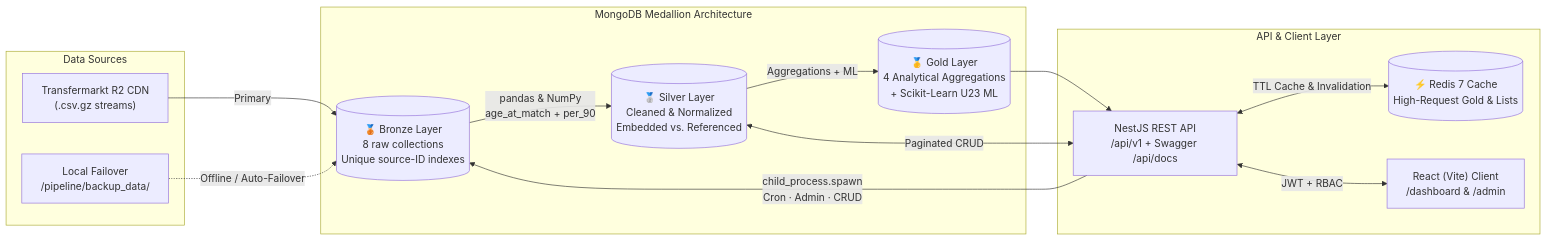
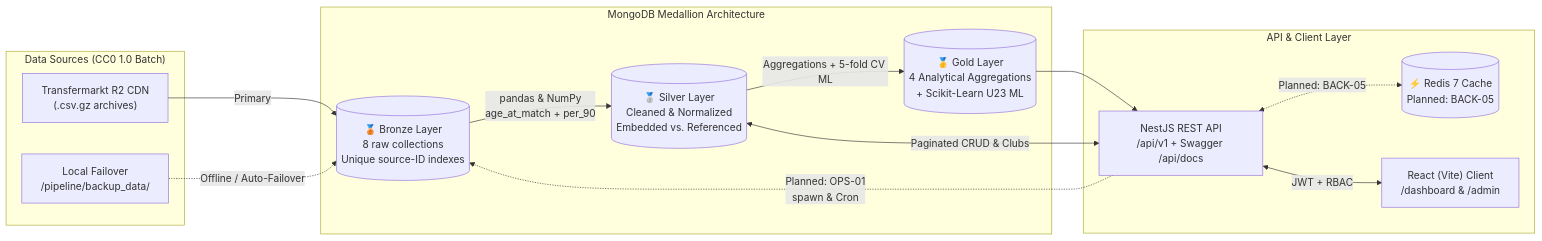
The diagram in README.md (420-514-MV-Collecte-MercatoIQ/MercatoIQ), drawn with Mermaid before and after one commit. The commit also changed other lines of this file and 1 other file, not shown here.

Commit message:
docs(readme): align documentation with 420-514 rubric, live Q1-Q4/clubs status, and sample pipeline log

````diff
--- a/README.md
+++ b/README.md
@@ -26,29 +26,29 @@
 ```mermaid
 flowchart LR
-    subgraph Source["Data Sources"]
-        CDN["Transfermarkt R2 CDN<br/>(.csv.gz streams)"]
+    subgraph Source["Data Sources (CC0 1.0 Batch)"]
+        CDN["Transfermarkt R2 CDN<br/>(.csv.gz archives)"]
         Backup["Local Failover<br/>/pipeline/backup_data/"]
     end
 
     subgraph Medallion["MongoDB Medallion Architecture"]
         Bronze[("🥉 Bronze Layer<br/>8 raw collections<br/>Unique source-ID indexes")]
         Silver[("🥈 Silver Layer<br/>Cleaned & Normalized<br/>Embedded vs. Referenced")]
         Gold[("🥇 Gold Layer<br/>4 Analytical Aggregations<br/>+ Scikit-Learn U23 ML")]
     end
 
     subgraph Serving["API & Client Layer"]
         API["NestJS REST API<br/>/api/v1 + Swagger /api/docs"]
-        Redis[("⚡ Redis 7 Cache<br/>High-Request Gold & Lists")]
+        Redis[("⚡ Redis 7 Cache<br/>Planned: BACK-05")]
         UI["React (Vite) Client<br/>/dashboard & /admin"]
     end
 
     CDN -->|Primary| Bronze
     Backup -.->|Offline / Auto-Failover| Bronze
     Bronze -->|pandas & NumPy<br/>age_at_match + per_90| Silver
-    Silver -->|Aggregations + ML| Gold
+    Silver -->|Aggregations + 5-fold CV ML| Gold
     Gold --> API
-    Silver <-->|Paginated CRUD| API
-    API <-->|TTL Cache & Invalidation| Redis
-    API -->|child_process.spawn<br/>Cron · Admin · CRUD| Bronze
+    Silver <-->|Paginated CRUD & Clubs| API
+    API <-.->|Planned: BACK-05| Redis
+    API -.->|Planned: OPS-01<br/>spawn & Cron| Bronze
     API <-->|JWT + RBAC| UI
 ```
````
